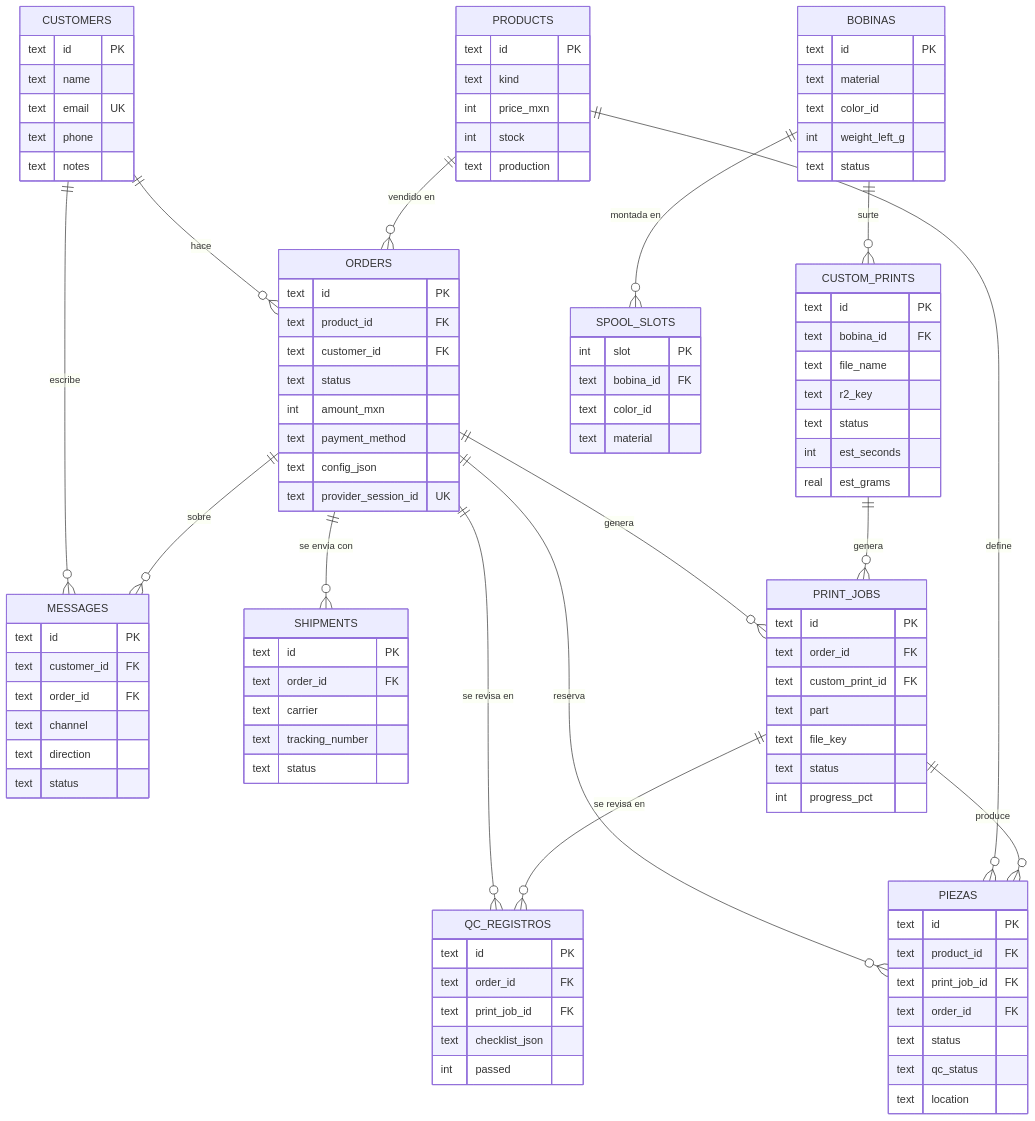
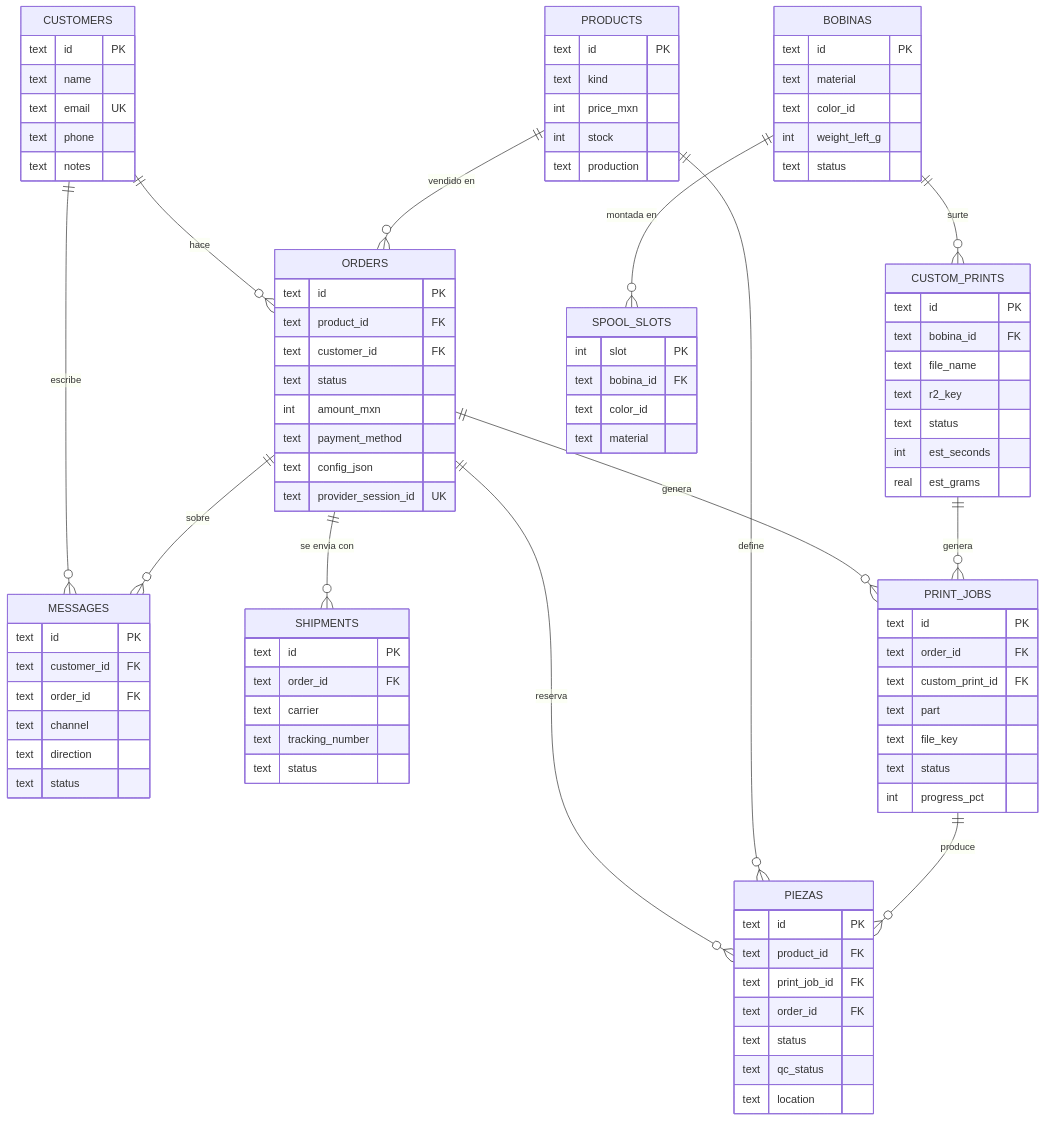
One commit to salvamalfa/formamx changed the third of 3 diagrams in docs/ARQUITECTURA.md. Above: the diagram before and after it, drawn with Mermaid. The commit also changed other lines of this file and 4 other files, not shown here.

````diff
--- a/docs/ARQUITECTURA.md
+++ b/docs/ARQUITECTURA.md
@@ -126,14 +145,12 @@
     CUSTOMERS ||--o{ MESSAGES : escribe
     ORDERS ||--o{ MESSAGES : sobre
     ORDERS ||--o{ SHIPMENTS : "se envia con"
-    ORDERS ||--o{ QC_REGISTROS : "se revisa en"
     ORDERS ||--o{ PRINT_JOBS : genera
     ORDERS ||--o{ PIEZAS : reserva
     PRODUCTS ||--o{ ORDERS : "vendido en"
     PRODUCTS ||--o{ PIEZAS : define
     CUSTOM_PRINTS ||--o{ PRINT_JOBS : genera
     PRINT_JOBS ||--o{ PIEZAS : produce
-    PRINT_JOBS ||--o{ QC_REGISTROS : "se revisa en"
     BOBINAS ||--o{ CUSTOM_PRINTS : surte
     BOBINAS ||--o{ SPOOL_SLOTS : "montada en"
 
@@ -216,11 +233,4 @@
         text color_id
         text material
     }
-    QC_REGISTROS {
-        text id PK
-        text order_id FK
-        text print_job_id FK
-        text checklist_json
-        int passed
-    }
 ```
````
